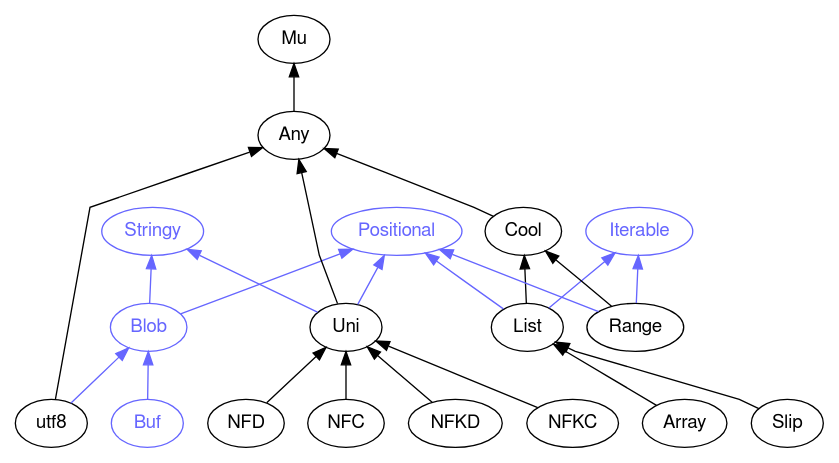
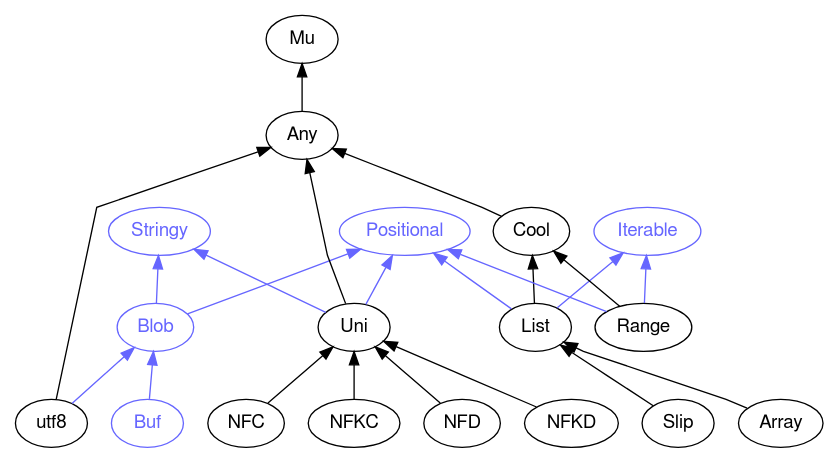
The diagram in images/type-graph-Positional.svg.dot (perl6docs/perl6docs.github.io), drawn with Graphviz before and after one commit. The commit also changed other lines of this file and 4486 other files, not shown here.

```diff
--- a/images/type-graph-Positional.svg.dot
+++ b/images/type-graph-Positional.svg.dot
@@ -1,50 +1,50 @@
 digraph "perl6-type-graph" {
     rankdir=BT;
     splines=polyline;
     overlap=false; 
     // Types
     "Positional" [color="#6666FF", fontcolor="#6666FF", href="/type/Positional", fontname="FreeSans"];
+    "Stringy" [color="#6666FF", fontcolor="#6666FF", href="/type/Stringy", fontname="FreeSans"];
+    "Blob" [color="#6666FF", fontcolor="#6666FF", href="/type/Blob", fontname="FreeSans"];
     "Mu" [color="#000000", fontcolor="#000000", href="/type/Mu", fontname="FreeSans"];
     "Any" [color="#000000", fontcolor="#000000", href="/type/Any", fontname="FreeSans"];
+    "Uni" [color="#000000", fontcolor="#000000", href="/type/Uni", fontname="FreeSans"];
     "Cool" [color="#000000", fontcolor="#000000", href="/type/Cool", fontname="FreeSans"];
     "Iterable" [color="#6666FF", fontcolor="#6666FF", href="/type/Iterable", fontname="FreeSans"];
     "List" [color="#000000", fontcolor="#000000", href="/type/List", fontname="FreeSans"];
-    "Stringy" [color="#6666FF", fontcolor="#6666FF", href="/type/Stringy", fontname="FreeSans"];
-    "Blob" [color="#6666FF", fontcolor="#6666FF", href="/type/Blob", fontname="FreeSans"];
-    "Uni" [color="#000000", fontcolor="#000000", href="/type/Uni", fontname="FreeSans"];
     "Range" [color="#000000", fontcolor="#000000", href="/type/Range", fontname="FreeSans"];
+    "NFC" [color="#000000", fontcolor="#000000", href="/type/NFC", fontname="FreeSans"];
+    "NFKC" [color="#000000", fontcolor="#000000", href="/type/NFKC", fontname="FreeSans"];
+    "NFD" [color="#000000", fontcolor="#000000", href="/type/NFD", fontname="FreeSans"];
+    "NFKD" [color="#000000", fontcolor="#000000", href="/type/NFKD", fontname="FreeSans"];
+    "Slip" [color="#000000", fontcolor="#000000", href="/type/Slip", fontname="FreeSans"];
     "Array" [color="#000000", fontcolor="#000000", href="/type/Array", fontname="FreeSans"];
-    "Slip" [color="#000000", fontcolor="#000000", href="/type/Slip", fontname="FreeSans"];
-    "NFD" [color="#000000", fontcolor="#000000", href="/type/NFD", fontname="FreeSans"];
-    "NFC" [color="#000000", fontcolor="#000000", href="/type/NFC", fontname="FreeSans"];
-    "NFKD" [color="#000000", fontcolor="#000000", href="/type/NFKD", fontname="FreeSans"];
-    "NFKC" [color="#000000", fontcolor="#000000", href="/type/NFKC", fontname="FreeSans"];
+    "utf8" [color="#000000", fontcolor="#000000", href="/type/utf8", fontname="FreeSans"];
     "Buf" [color="#6666FF", fontcolor="#6666FF", href="/type/Buf", fontname="FreeSans"];
-    "utf8" [color="#000000", fontcolor="#000000", href="/type/utf8", fontname="FreeSans"];
 
     // Superclasses
     "Any" -> "Mu" [color="#000000"];
+    "Uni" -> "Any" [color="#000000"];
     "Cool" -> "Any" [color="#000000"];
     "List" -> "Cool" [color="#000000"];
-    "Uni" -> "Any" [color="#000000"];
     "Range" -> "Cool" [color="#000000"];
+    "NFC" -> "Uni" [color="#000000"];
+    "NFKC" -> "Uni" [color="#000000"];
+    "NFD" -> "Uni" [color="#000000"];
+    "NFKD" -> "Uni" [color="#000000"];
+    "Slip" -> "List" [color="#000000"];
     "Array" -> "List" [color="#000000"];
-    "Slip" -> "List" [color="#000000"];
-    "NFD" -> "Uni" [color="#000000"];
-    "NFC" -> "Uni" [color="#000000"];
-    "NFKD" -> "Uni" [color="#000000"];
-    "NFKC" -> "Uni" [color="#000000"];
     "utf8" -> "Any" [color="#000000"];
 
     // Roles
-    "List" -> "Positional" [color="#6666FF"];
-    "List" -> "Iterable" [color="#6666FF"];
     "Blob" -> "Positional" [color="#6666FF"];
     "Blob" -> "Stringy" [color="#6666FF"];
     "Uni" -> "Positional" [color="#6666FF"];
     "Uni" -> "Stringy" [color="#6666FF"];
+    "List" -> "Positional" [color="#6666FF"];
+    "List" -> "Iterable" [color="#6666FF"];
     "Range" -> "Positional" [color="#6666FF"];
     "Range" -> "Iterable" [color="#6666FF"];
+    "utf8" -> "Blob" [color="#6666FF"];
     "Buf" -> "Blob" [color="#6666FF"];
-    "utf8" -> "Blob" [color="#6666FF"];
 }
```
